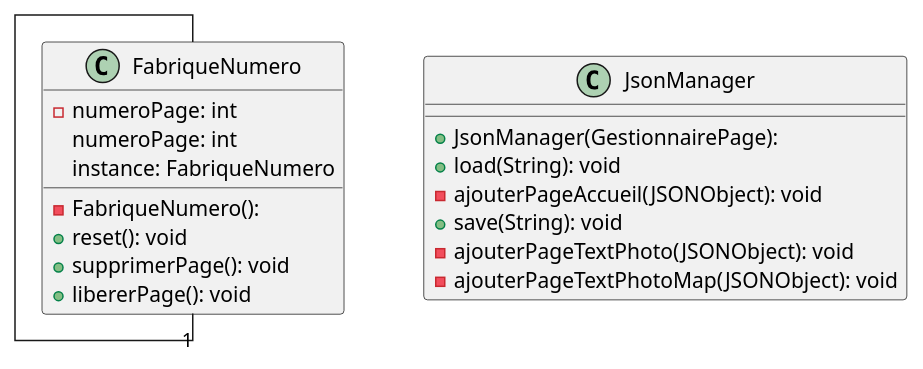
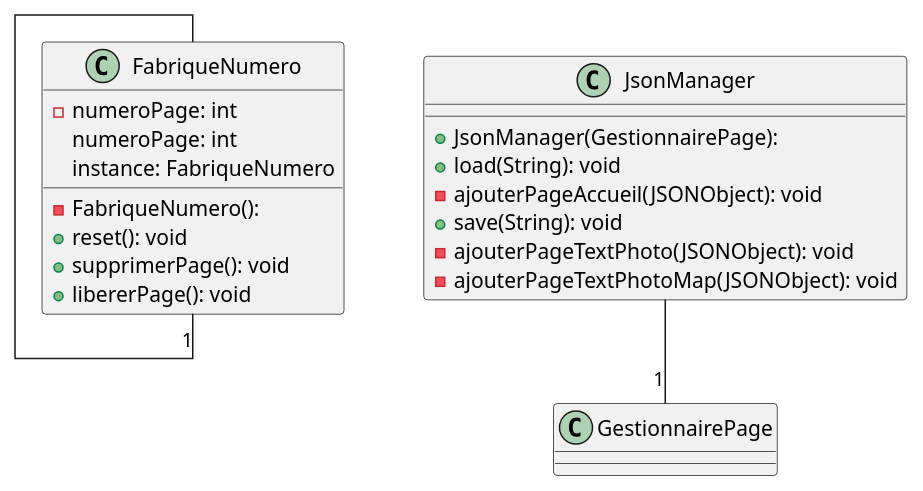
Before and after one commit to MMMatth/carnet-de-voyage: the diagram in tp_preparatoire/diagramme/Outils.plantuml, drawn with PlantUML. The commit also changed 29 other files, not shown here.

```diff
--- a/tp_preparatoire/diagramme/Outils.plantuml
+++ b/tp_preparatoire/diagramme/Outils.plantuml
@@ -1,27 +1,28 @@
 @startuml
 
 top to bottom direction
 skinparam linetype ortho
 
 
 class FabriqueNumero {
   - FabriqueNumero():
   - numeroPage: int
   + reset(): void
   + supprimerPage(): void
   + libererPage(): void
    numeroPage: int
    instance: FabriqueNumero
 }
 FabriqueNumero -- "1" FabriqueNumero
 
 class JsonManager {
   + JsonManager(GestionnairePage):
   + load(String): void
   - ajouterPageAccueil(JSONObject): void
   + save(String): void
   - ajouterPageTextPhoto(JSONObject): void
   - ajouterPageTextPhotoMap(JSONObject): void
 }
+JsonManager -- "1" GestionnairePage
 
 @enduml
```
